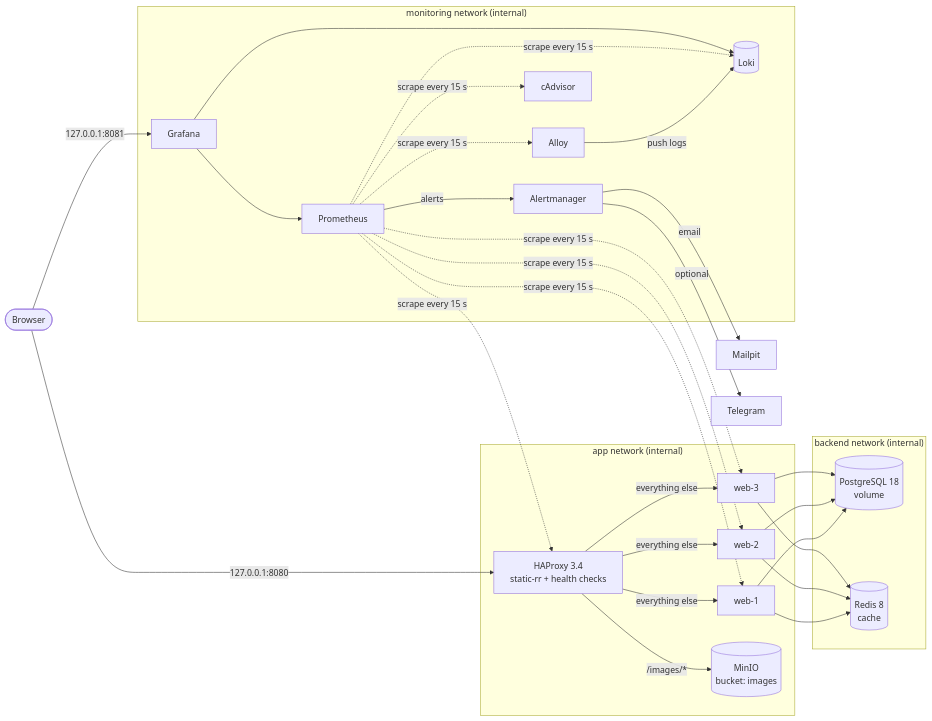
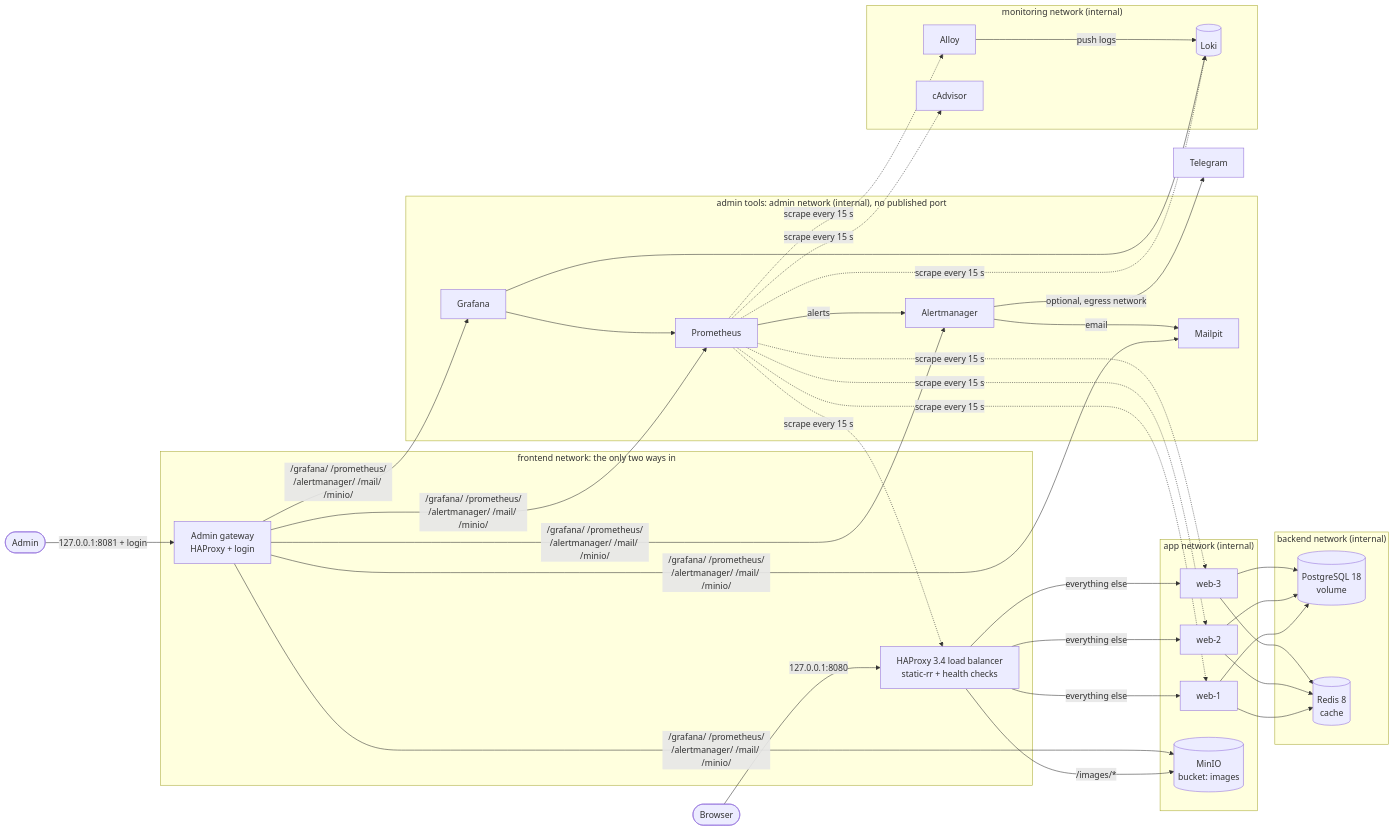
Before and after one commit to Doritozzzz/terraform-bugtracker: the diagram in README.md, drawn with Mermaid. The commit also changed other lines of this file and 6 other files, not shown here.

First line of the commit message:
docs: describe the admin gateway and the two ways in

````diff
--- a/README.md
+++ b/README.md
@@ -30,33 +30,41 @@
 ```mermaid
 graph LR
     User([Browser]) -->|"127.0.0.1:8080"| LB
+    Admin([Admin]) -->|"127.0.0.1:8081 + login"| GW
 
+    subgraph frontend ["frontend network: the only two ways in"]
+        LB["HAProxy 3.4 load balancer<br/>static-rr + health checks"]
+        GW["Admin gateway<br/>HAProxy + login"]
+    end
     subgraph app ["app network (internal)"]
-        LB["HAProxy 3.4<br/>static-rr + health checks"]
         W1["web-1"]
         W2["web-2"]
         W3["web-3"]
         S3[("MinIO<br/>bucket: images")]
     end
     subgraph backend ["backend network (internal)"]
         DB[("PostgreSQL 18<br/>volume")]
         R[("Redis 8<br/>cache")]
     end
+    subgraph tools ["admin tools: admin network (internal), no published port"]
+        G["Grafana"]
+        P["Prometheus"]
+        AM["Alertmanager"]
+        M["Mailpit"]
+    end
+    subgraph monitoring ["monitoring network (internal)"]
+        A["Alloy"] -->|push logs| L[("Loki")]
+        C["cAdvisor"]
+    end
 
     LB -->|"/images/*"| S3
     LB -->|"everything else"| W1 & W2 & W3
     W1 & W2 & W3 --> DB
     W1 & W2 & W3 --> R
-
-    subgraph monitoring ["monitoring network (internal)"]
-        A["Alloy"] -->|push logs| L[("Loki")]
-        P["Prometheus"] -->|alerts| AM["Alertmanager"]
-        C["cAdvisor"]
-        G["Grafana"]
-    end
+    GW -->|"/grafana/ /prometheus/<br/>/alertmanager/ /mail/ /minio/"| G & P & AM & M & S3
     P -.->|scrape every 15 s| LB & W1 & W2 & W3 & C & L & A
     G --> P & L
-    AM -->|email| M["Mailpit"]
-    AM -->|optional| T["Telegram"]
-    User -->|"127.0.0.1:8081"| G
+    P -->|alerts| AM
+    AM -->|email| M
+    AM -->|"optional, egress network"| T["Telegram"]
 ```
````
